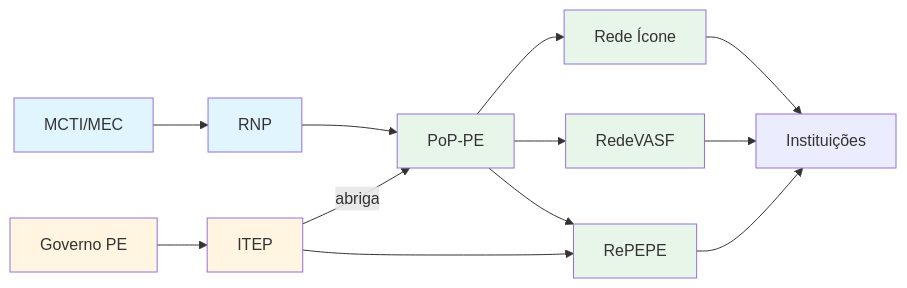
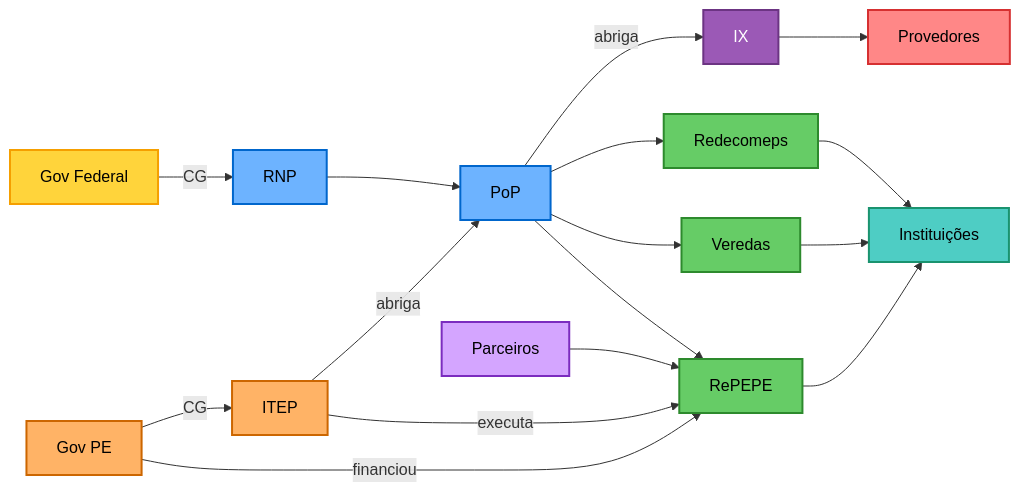
The diagram in slides.md (itepos/repepe), drawn with Mermaid before and after one commit. The commit also changed other lines of this file, not shown here.

````diff
--- a/slides.md
+++ b/slides.md
@@ -69,22 +70,38 @@
 ```mermaid
 graph LR
-    MCTI[MCTI/MEC] --> RNP
-    RNP --> PoP[PoP-PE]
-    GovPE[Governo PE] --> ITEP
+    MCTI[Gov Federal] -->|CG| RNP
+    RNP --> PoP
+    GovPE[Gov PE] -->|CG| ITEP
+    GovPE -->|financiou| RePEPE
     ITEP -->|abriga| PoP
-    ITEP --> RePEPE
-    PoP --> Icone[Rede Ícone]
-    PoP --> RedeVASF
+    ITEP -->|executa| RePEPE
+
+    Parc[Parceiros] --> RePEPE
+
+    PoP -->|abriga| IX
+    PoP --> Redecomeps
+    PoP --> Veredas
     PoP --> RePEPE
-    Icone --> Inst[Instituições]
-    RePEPE --> Inst
-    RedeVASF --> Inst
+    IX --> Provs[Provedores]
+    Redecomeps --> Instituições
+    Veredas --> Instituições
+    RePEPE --> Instituições
 
-    classDef federal fill:#e1f5ff
-    classDef estadual fill:#fff5e1
-    classDef infra fill:#e8f5e9
+    classDef mcti fill:#ffd43b,stroke:#f59f00,stroke-width:2px,color:#000
+    classDef rnp fill:#6db3ff,stroke:#0066cc,stroke-width:2px,color:#000
+    classDef estadual fill:#ffb366,stroke:#cc6600,stroke-width:2px,color:#000
+    classDef ix fill:#9b59b6,stroke:#6c3483,stroke-width:2px,color:#fff
+    classDef infra fill:#66cc66,stroke:#2d8a2d,stroke-width:2px,color:#000
+    classDef parceiros fill:#d4a5ff,stroke:#7b2cbf,stroke-width:2px,color:#000
+    classDef provedores fill:#ff8787,stroke:#d63031,stroke-width:2px,color:#000
+    classDef instituicoes fill:#4ecdc4,stroke:#1a936f,stroke-width:2px,color:#000
 
-    class MCTI,RNP federal
+    class MCTI mcti
+    class RNP,PoP rnp
     class GovPE,ITEP estadual
-    class PoP,Icone,RedeVASF,RePEPE infra
+    class IX ix
+    class Redecomeps,Veredas,RePEPE infra
+    class Parc parceiros
+    class Provs provedores
+    class Instituições instituicoes
 ```
````
